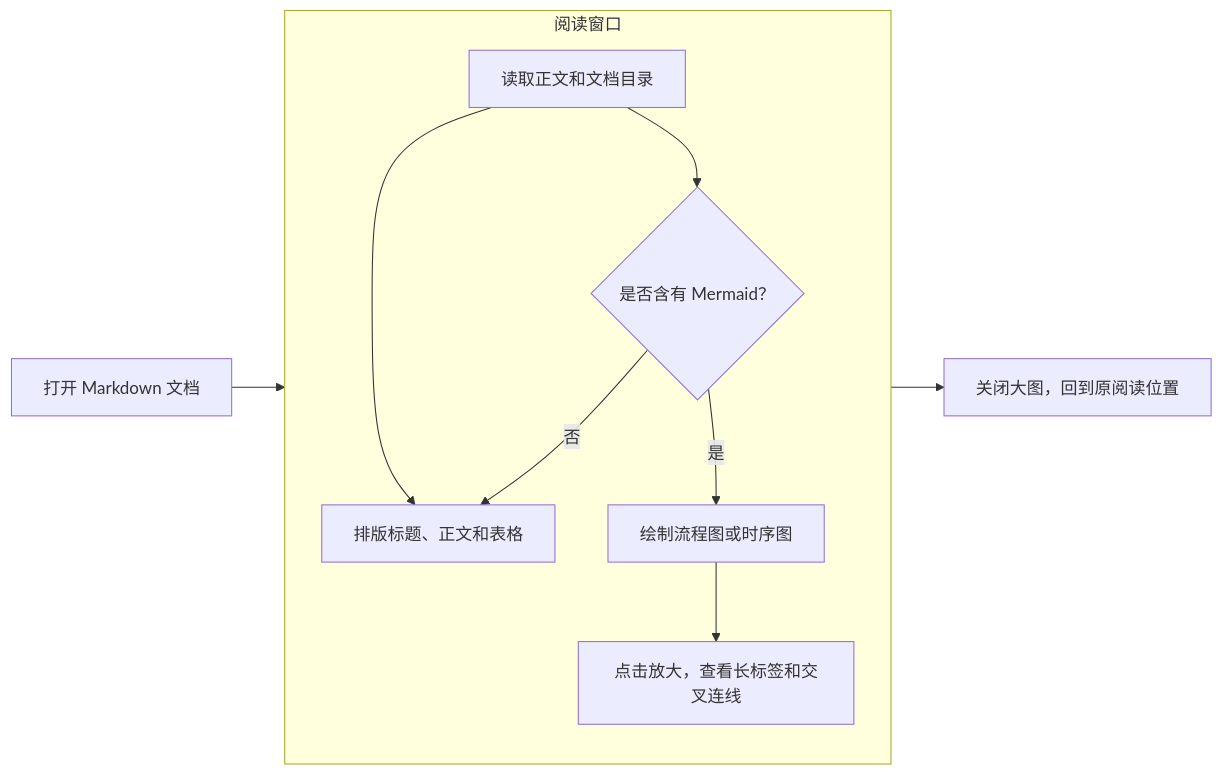
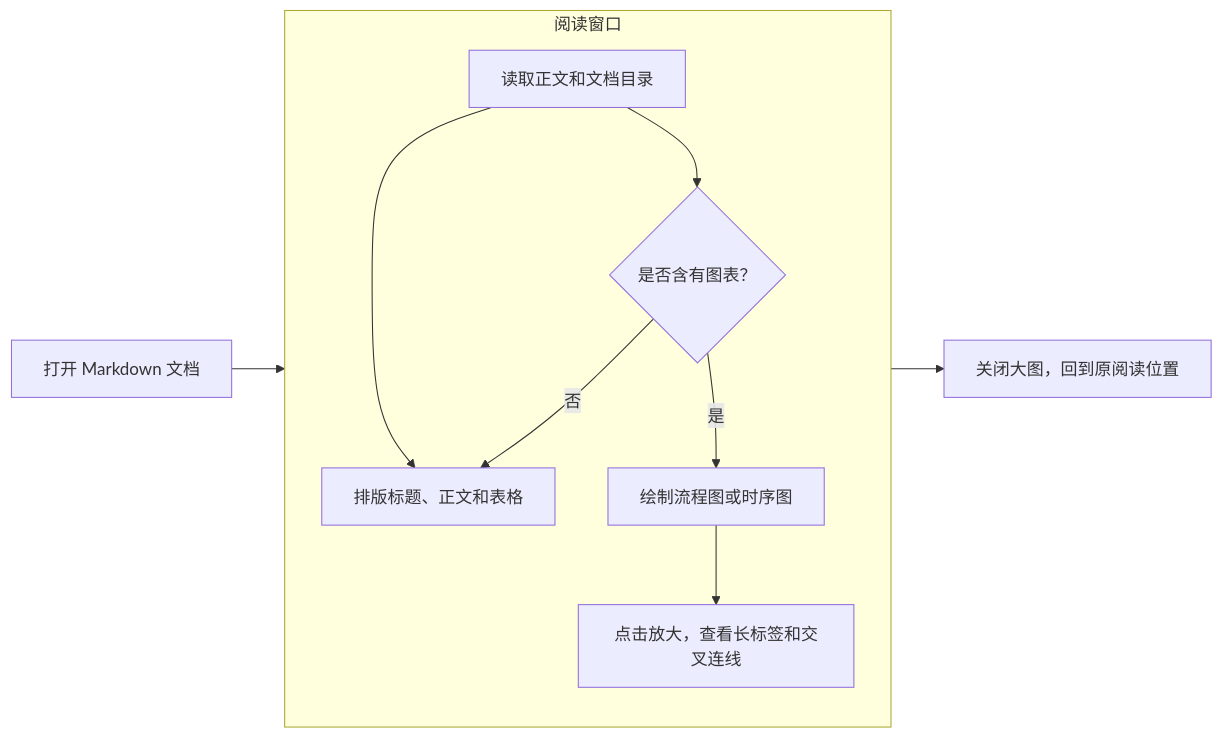
The first of 4 diagrams in samples/reading-demo.md (eval1007/moye-markdown), drawn with Mermaid before and after one commit. The commit also changed other lines of this file and 13 other files, not shown here.

Commit message:
Add offline PlantUML diagrams with shared Mermaid styling

````diff
--- a/samples/reading-demo.md
+++ b/samples/reading-demo.md
@@ -7,13 +7,13 @@
 ```mermaid
 flowchart LR
     open["打开 Markdown 文档"] --> body["读取正文和文档目录"]
     subgraph preview["阅读窗口"]
         direction TB
         body --> text["排版标题、正文和表格"]
-        body --> detect{"是否含有 Mermaid？"}
+        body --> detect{"是否含有图表？"}
         detect -->|是| diagram["绘制流程图或时序图"]
         detect -->|否| text
         diagram --> focus["点击放大，查看长标签和交叉连线"]
     end
     focus --> back["关闭大图，回到原阅读位置"]
 ```
````
